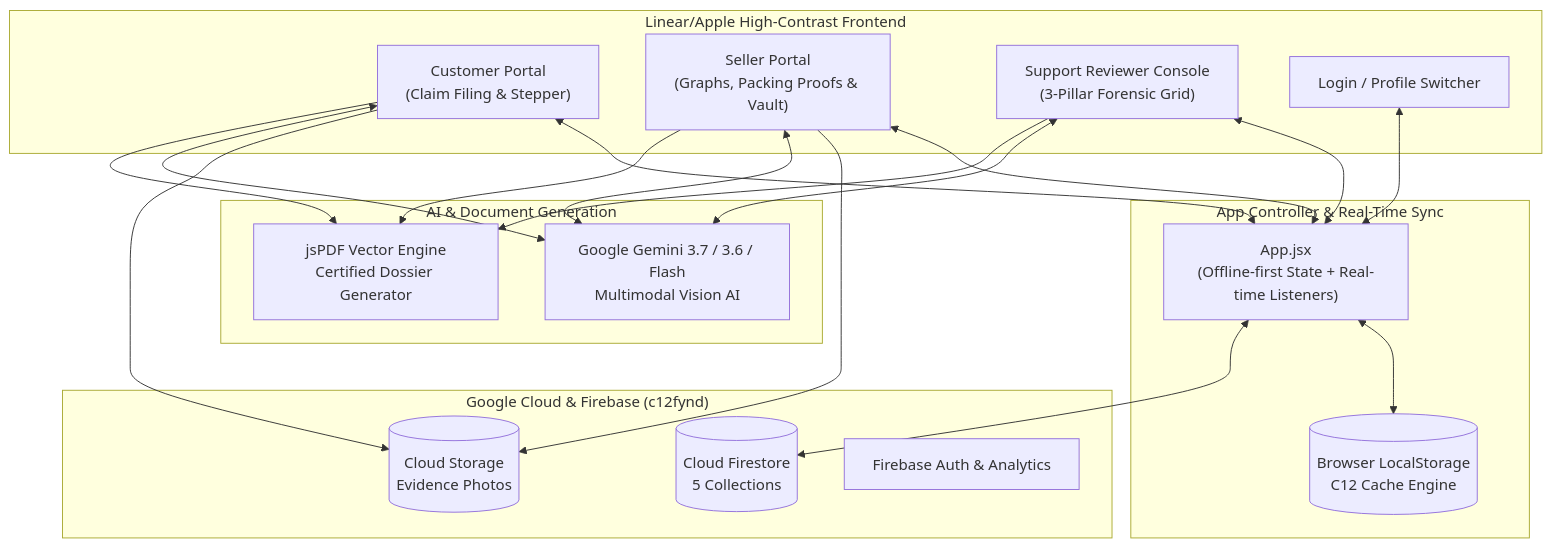
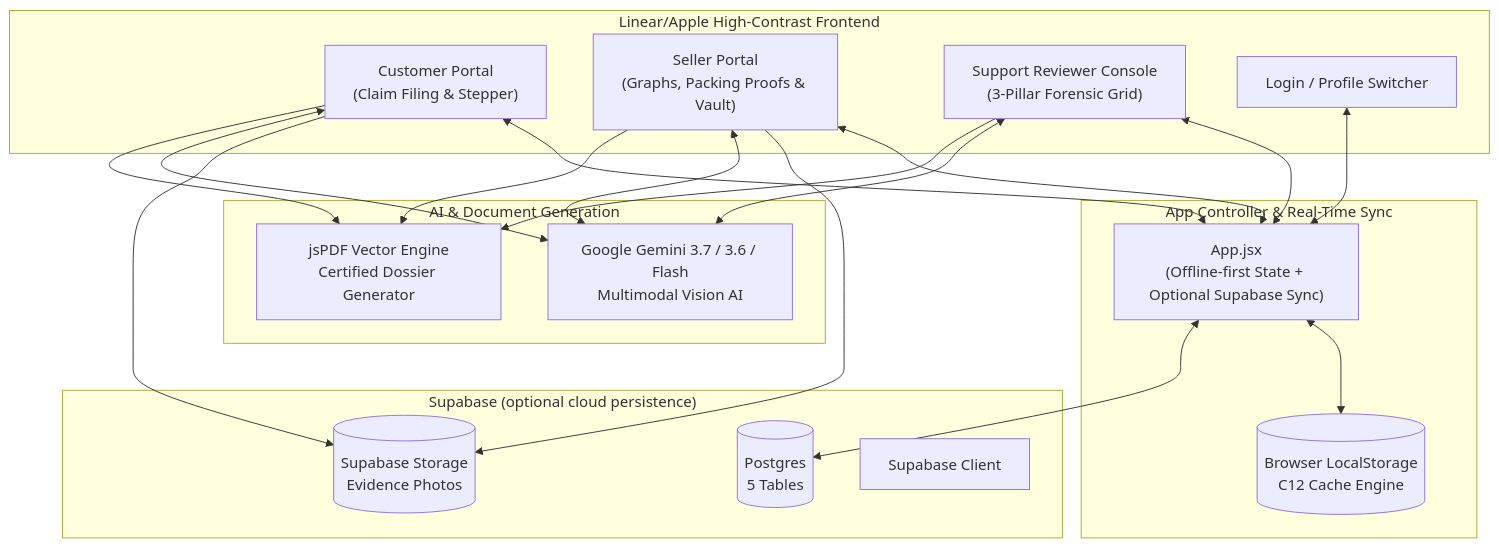
Before and after one commit to SaiRishitha08/Damaged-Product-Evidence-Assistant: the diagram in PROJECT_DOCUMENTATION.md, drawn with Mermaid. The commit also changed other lines of this file and 8 other files, not shown here.

Commit message:
refactor: remove firebase and prepare supabase

````diff
--- a/PROJECT_DOCUMENTATION.md
+++ b/PROJECT_DOCUMENTATION.md
@@ -25,32 +25,32 @@
 ```mermaid
 flowchart TD
     subgraph UI["Linear/Apple High-Contrast Frontend"]
         CP["Customer Portal\n(Claim Filing & Stepper)"]
         SP["Seller Portal\n(Graphs, Packing Proofs & Vault)"]
         RC["Support Reviewer Console\n(3-Pillar Forensic Grid)"]
         AUTH["Login / Profile Switcher"]
     end
 
     subgraph Controller["App Controller & Real-Time Sync"]
-        STATE["App.jsx\n(Offline-first State + Real-time Listeners)"]
+        STATE["App.jsx\n(Offline-first State + Optional Supabase Sync)"]
         CACHE[("Browser LocalStorage\nC12 Cache Engine")]
     end
 
-    subgraph Backend["Google Cloud & Firebase (c12fynd)"]
-        FS[("Cloud Firestore\n5 Collections")]
-        ST[("Cloud Storage\nEvidence Photos")]
-        AUTH_FB["Firebase Auth & Analytics"]
+    subgraph Backend["Supabase (optional cloud persistence)"]
+        FS[("Postgres\n5 Tables")]
+        ST[("Supabase Storage\nEvidence Photos")]
+        AUTH_FB["Supabase Client"]
     end
 
     subgraph AI["AI & Document Generation"]
         GEMINI["Google Gemini 3.7 / 3.6 / Flash\nMultimodal Vision AI"]
         PDF["jsPDF Vector Engine\nCertified Dossier Generator"]
     end
 
     CP & SP & RC & AUTH <--> STATE
     STATE <--> CACHE
     STATE <--> FS
     CP & SP --> ST
     CP & SP & RC <--> GEMINI
     CP & SP & RC --> PDF
 ```
````
